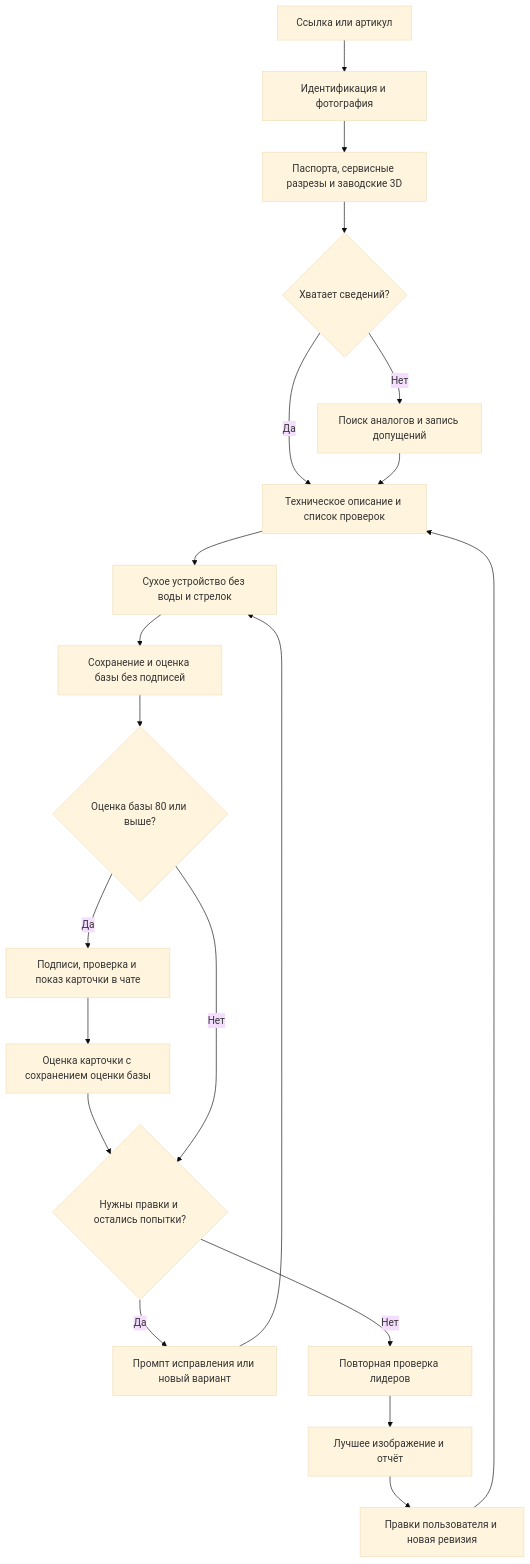
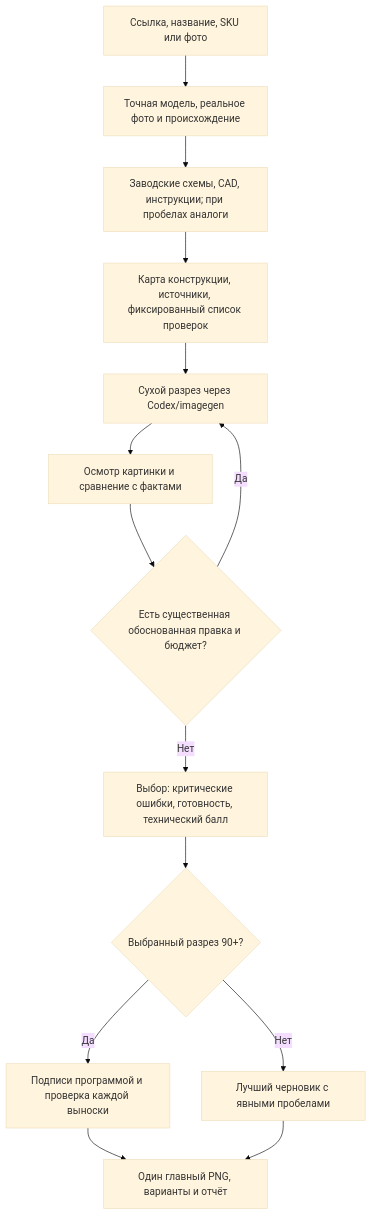
One commit to C555HC/plumbing-detailing- changed the diagram in README.md. Above: the diagram before and after it, drawn with Mermaid (base theme). The commit also changed other lines of this file and 26 other files, not shown here.

````diff
--- a/README.md
+++ b/README.md
@@ -41,22 +11,16 @@
 ```mermaid
 flowchart TD
-    A[Ссылка или артикул] --> B[Идентификация и фотография]
-    B --> C[Паспорта, сервисные разрезы и заводские 3D]
-    C --> D{Хватает сведений?}
-    D -->|Нет| E[Поиск аналогов и запись допущений]
-    D -->|Да| F[Техническое описание и список проверок]
-    E --> F
-    F --> G[Сухое устройство без воды и стрелок]
-    G --> H[Сохранение и оценка базы без подписей]
-    H --> T{Оценка базы 80 или выше?}
-    T -->|Да| N[Подписи, проверка и показ карточки в чате]
-    N --> P[Оценка карточки с сохранением оценки базы]
-    P --> I{Нужны правки и остались попытки?}
-    T -->|Нет| I
-    I -->|Да| J[Промпт исправления или новый вариант]
-    J --> G
-    I -->|Нет| K[Повторная проверка лидеров]
-    K --> L[Лучшее изображение и отчёт]
-    L --> M[Правки пользователя и новая ревизия]
-    M --> F
+    A[Ссылка, название, SKU или фото] --> B[Точная модель, реальное фото и происхождение]
+    B --> C[Заводские схемы, CAD, инструкции; при пробелах аналоги]
+    C --> D[Карта конструкции, источники, фиксированный список проверок]
+    D --> E[Сухой разрез через Codex/imagegen]
+    E --> F[Осмотр картинки и сравнение с фактами]
+    F --> G{Есть существенная обоснованная правка и бюджет?}
+    G -->|Да| E
+    G -->|Нет| H[Выбор: критические ошибки, готовность, технический балл]
+    H --> I{Выбранный разрез 90+?}
+    I -->|Да| J[Подписи программой и проверка каждой выноски]
+    I -->|Нет| K[Лучший черновик с явными пробелами]
+    J --> L[Один главный PNG, варианты и отчёт]
+    K --> L
 ```
````
